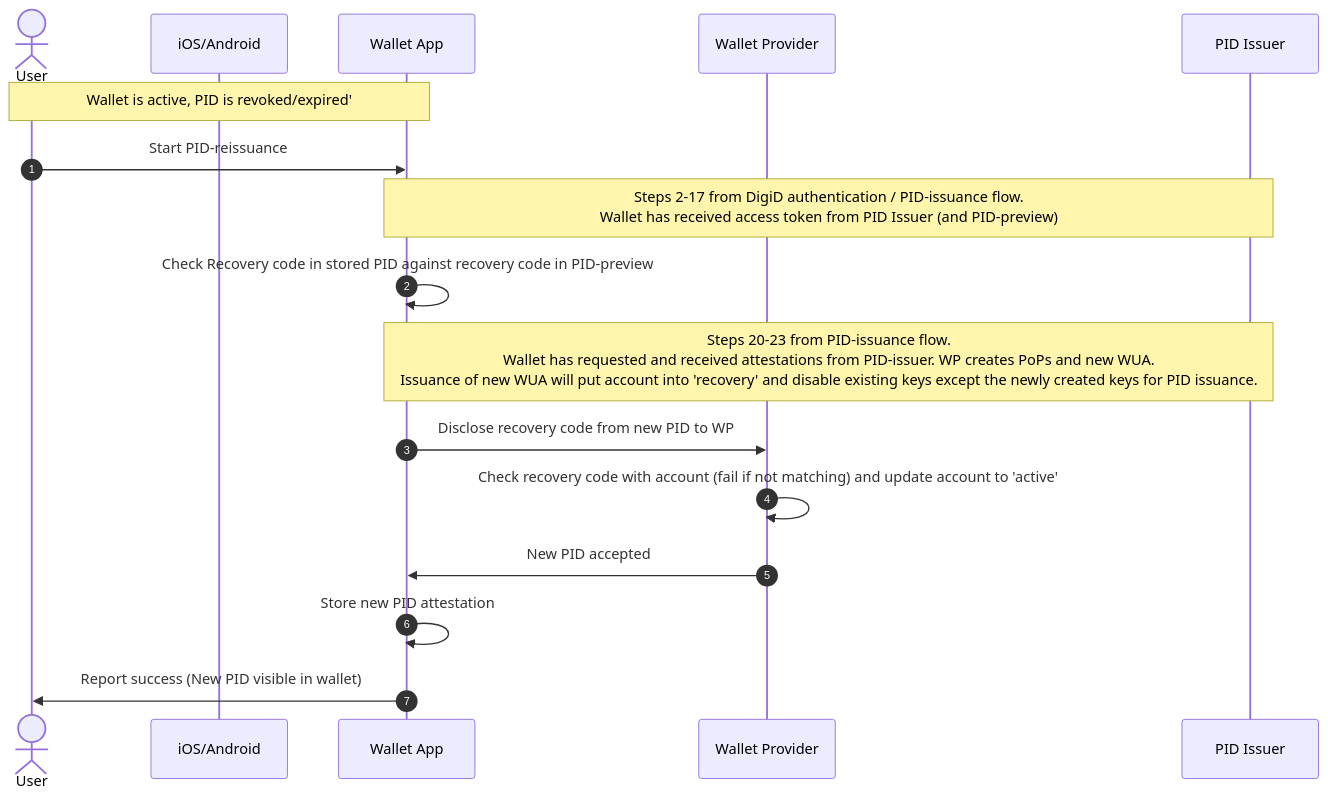
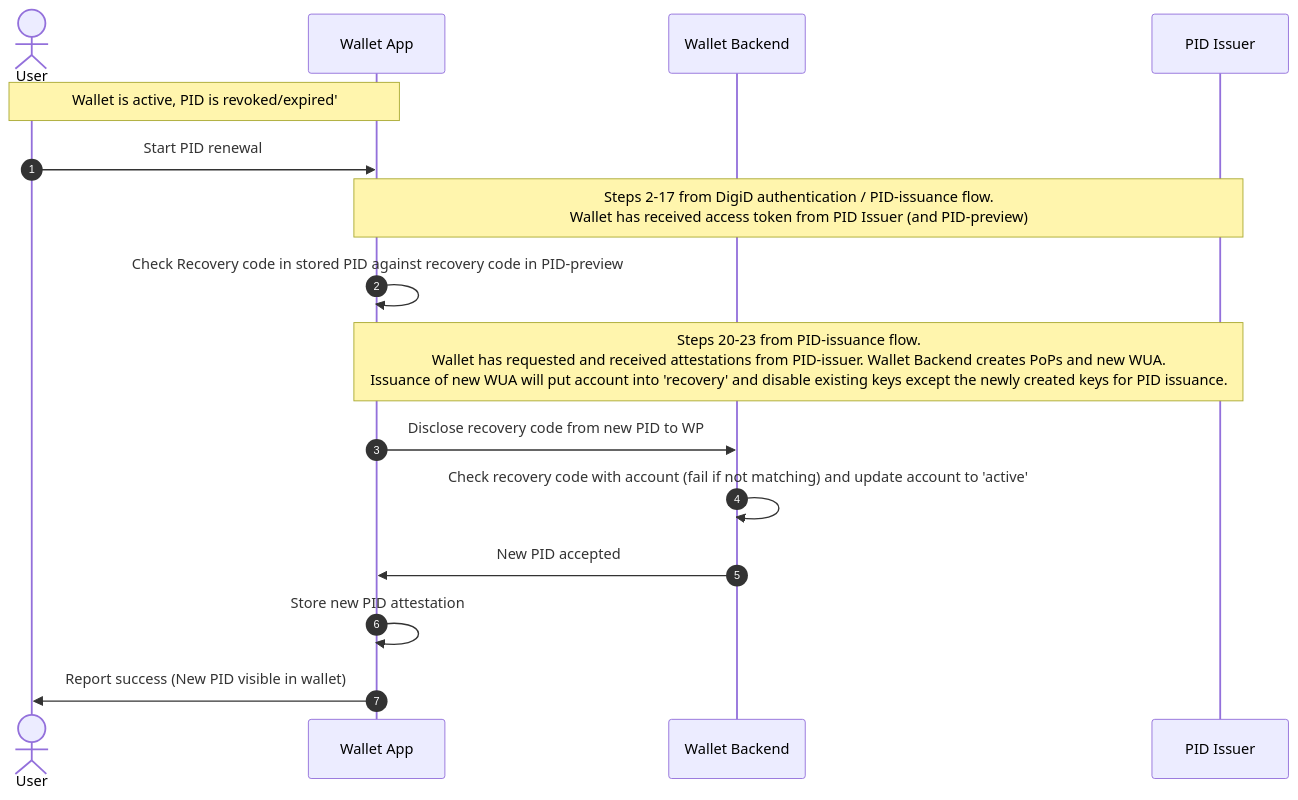
One commit to MinBZK/nl-wallet changed the second of 3 diagrams in wallet_docs/architecture/use-cases/recovery_usecases.md. Above: the diagram before and after it, drawn with Mermaid. The commit also changed other lines of this file and 2 other files, not shown here.

Commit message:
Added PIN-recovery and PID renewal usecases

````diff
--- a/wallet_docs/architecture/use-cases/recovery_usecases.md
+++ b/wallet_docs/architecture/use-cases/recovery_usecases.md
@@ -61,20 +65,19 @@
 ```{mermaid}
 sequenceDiagram
     autonumber
     actor User as User
-    participant OS as iOS/Android
     participant Wallet as Wallet App
-    participant WP as Wallet Provider
+    participant WP as Wallet Backend
     participant PID as PID Issuer
     
     note over User, Wallet: Wallet is active, PID is revoked/expired' 
-    User ->> Wallet : Start PID-reissuance
+    User ->> Wallet : Start PID renewal
     note over Wallet, PID:Steps 2-17 from DigiD authentication / PID-issuance flow. <br/> Wallet has received access token from PID Issuer (and PID-preview)
     Wallet ->> Wallet: Check Recovery code in stored PID against recovery code in PID-preview    
-    note over Wallet, PID: Steps 20-23 from PID-issuance flow. <br/> Wallet has requested and received attestations from PID-issuer. WP creates PoPs and new WUA. <br/>Issuance of new WUA will put account into 'recovery' and disable existing keys except the newly created keys for PID issuance.
+    note over Wallet, PID: Steps 20-23 from PID-issuance flow. <br/> Wallet has requested and received attestations from PID-issuer. Wallet Backend creates PoPs and new WUA. <br/>Issuance of new WUA will put account into 'recovery' and disable existing keys except the newly created keys for PID issuance.
     Wallet ->> WP: Disclose recovery code from new PID to WP
     WP ->> WP: Check recovery code with account (fail if not matching) and update account to 'active'
     WP ->> Wallet: New PID accepted
     Wallet ->> Wallet: Store new PID attestation
     Wallet ->> User: Report success (New PID visible in wallet)
 ```
````
